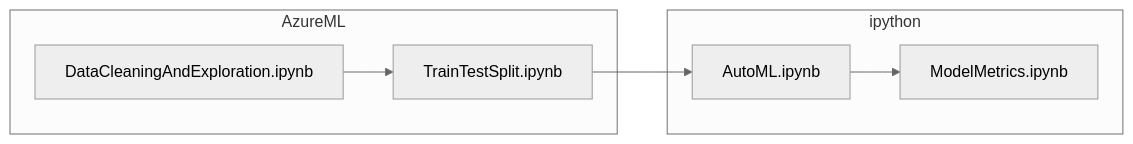
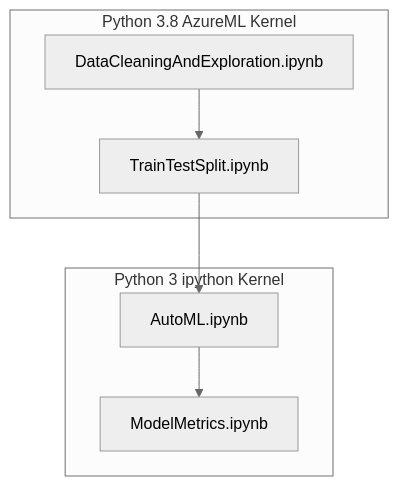
One commit to IntegerMan/fu-data611-fall23-group5 changed the second of 2 diagrams in README.md. Above: the diagram before and after it, drawn with Mermaid (neutral theme).

Commit message:
Top down for second graph

````diff
--- a/README.md
+++ b/README.md
@@ -28,15 +28,15 @@
 ``` mermaid
-flowchart LR
-    subgraph AzureML
+flowchart TD
+    subgraph Python 3.8 AzureML Kernel
       nbClean[DataCleaningAndExploration.ipynb]
       nbSplit[TrainTestSplit.ipynb]
     end
-    subgraph ipython
+    subgraph Python 3 ipython Kernel
       nbAutoML[AutoML.ipynb]
       nbMetrics[ModelMetrics.ipynb]
     end
 
     nbClean --> nbSplit
     nbSplit --> nbAutoML
     nbAutoML --> nbMetrics
 ```
````
